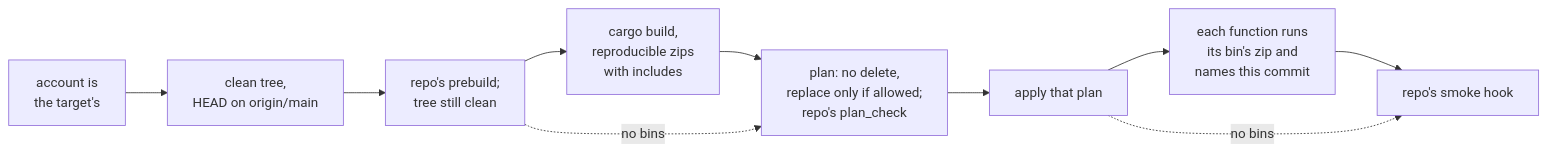
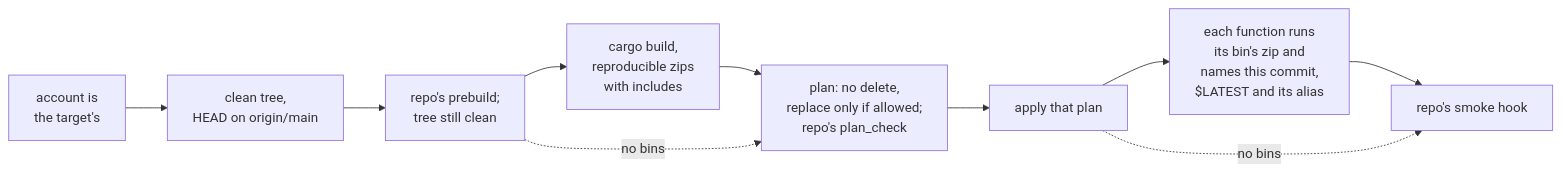
One commit to stackwell-labs/shared-terraform changed the third of 3 diagrams in README.md. Above: the diagram before and after it, drawn with Mermaid. The commit also changed other lines of this file and 3 other files, not shown here.

````diff
--- a/README.md
+++ b/README.md
@@ -318,12 +318,12 @@
 ```mermaid
 flowchart LR
   A[account is<br>the target's] --> B[clean tree,<br>HEAD on origin/main]
   B --> P[repo's prebuild;<br>tree still clean]
   P --> C[cargo build,<br>reproducible zips<br>with includes]
   C --> D[plan: no delete,<br>replace only if allowed;<br>repo's plan_check]
   D --> E[apply that plan]
-  E --> F[each function runs<br>its bin's zip and<br>names this commit]
+  E --> F[each function runs<br>its bin's zip and<br>names this commit,<br>$LATEST and its alias]
   F --> G[repo's smoke hook]
   P -. no bins .-> D
   E -. no bins .-> G
 ```
````
